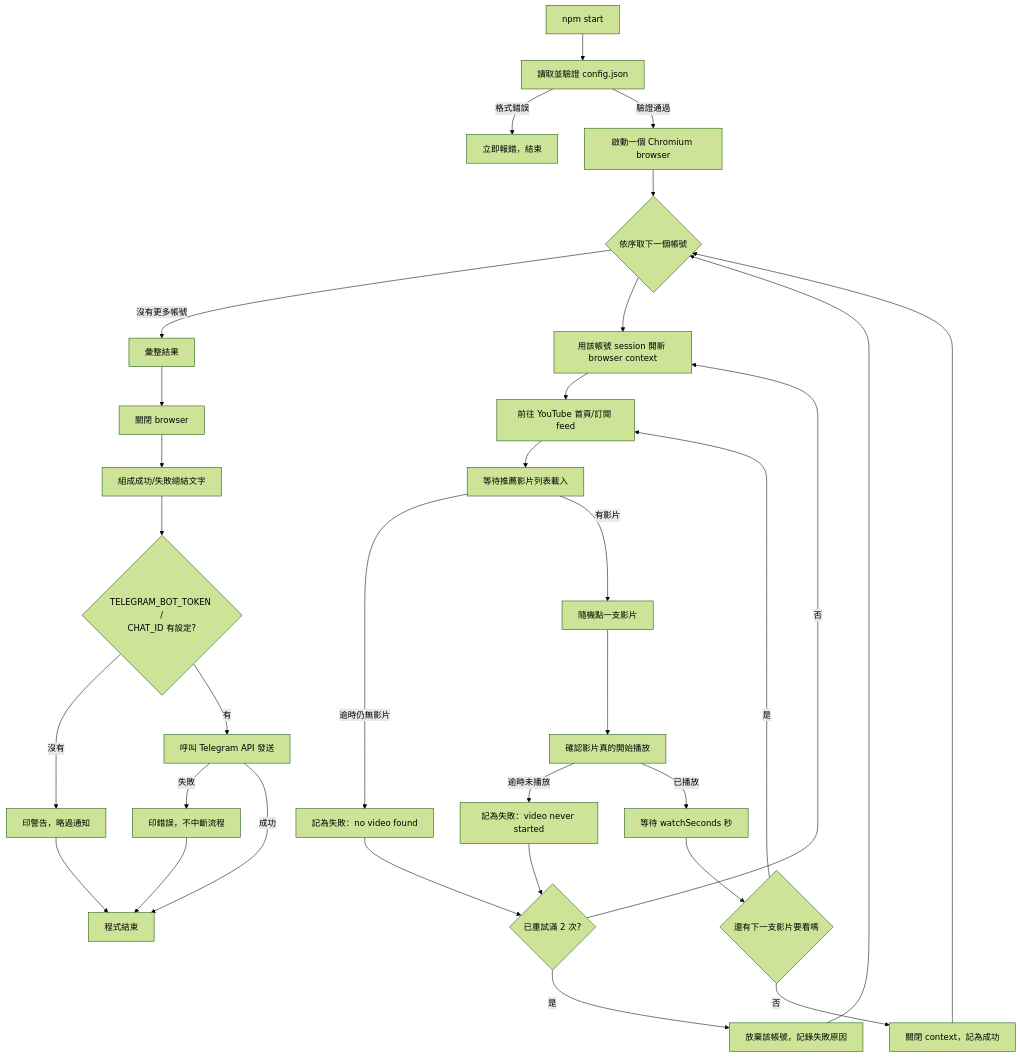
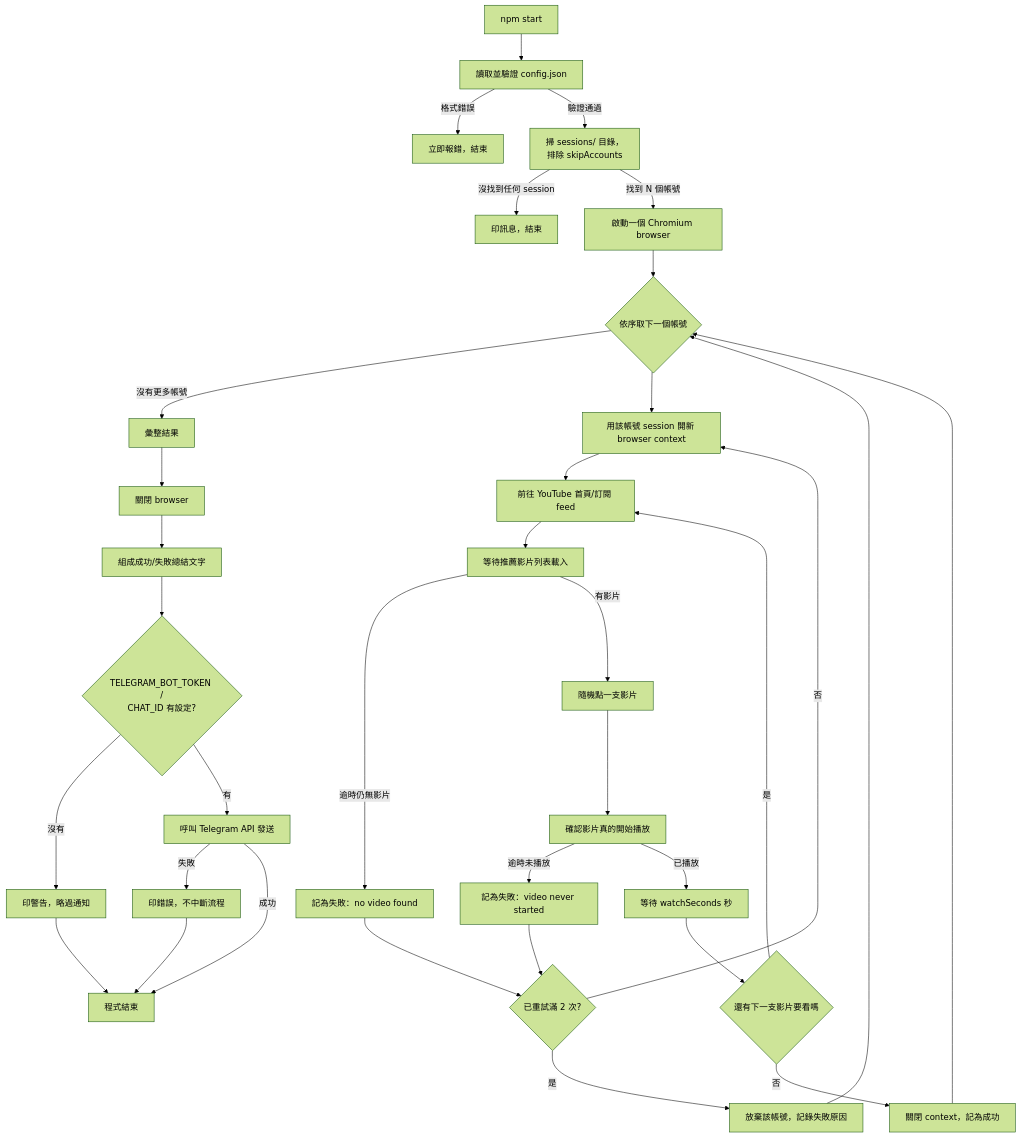
One commit to mao0507/youtube-auto-ip-geolocation changed the diagram in README.zh-TW.md. Above: the diagram before and after it, drawn with Mermaid (forest theme). The commit also changed other lines of this file and 6 other files, not shown here.

First line of the commit message:
feat: auto-discover accounts from sessions/, config.json only lists what to skip

````diff
--- a/README.zh-TW.md
+++ b/README.zh-TW.md
@@ -57,34 +59,36 @@
 ```mermaid
 flowchart TD
     A[npm start] --> B[讀取並驗證 config.json]
     B -->|格式錯誤| B1[立即報錯，結束]
-    B -->|驗證通過| C[啟動一個 Chromium browser]
+    B -->|驗證通過| B2[掃 sessions/ 目錄，<br/>排除 skipAccounts]
+    B2 -->|沒找到任何 session| B3[印訊息，結束]
+    B2 -->|找到 N 個帳號| C[啟動一個 Chromium browser]
     C --> D{依序取下一個帳號}
     D -->|沒有更多帳號| Z[彙整結果]
     D --> E[用該帳號 session 開新 browser context]
     E --> F[前往 YouTube 首頁/訂閱 feed]
     F --> G[等待推薦影片列表載入]
     G -->|逾時仍無影片| H[記為失敗：no video found]
     G -->|有影片| I[隨機點一支影片]
     I --> J[確認影片真的開始播放]
     J -->|逾時未播放| K[記為失敗：video never started]
     J -->|已播放| L[等待 watchSeconds 秒]
     L --> M{還有下一支影片要看嗎}
     M -->|是| F
     M -->|否| N[關閉 context，記為成功]
     H --> O{已重試滿 2 次?}
     K --> O
     O -->|否| E
     O -->|是| P[放棄該帳號，記錄失敗原因]
     N --> D
     P --> D
     Z --> Q[關閉 browser]
     Q --> R[組成成功/失敗總結文字]
     R --> S{TELEGRAM_BOT_TOKEN /<br/>CHAT_ID 有設定?}
     S -->|沒有| T[印警告，略過通知]
     S -->|有| U[呼叫 Telegram API 發送]
     U -->|失敗| V[印錯誤，不中斷流程]
     T --> W[程式結束]
     V --> W
     U -->|成功| W
 ```
````
